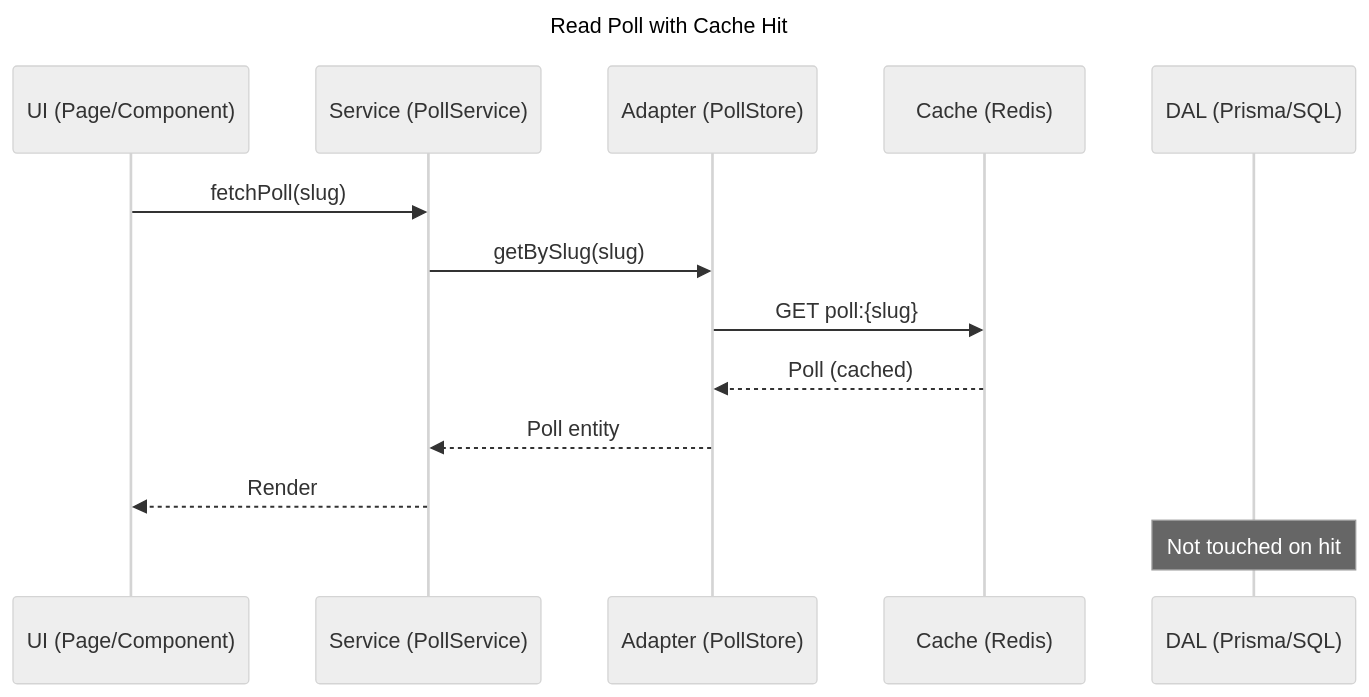
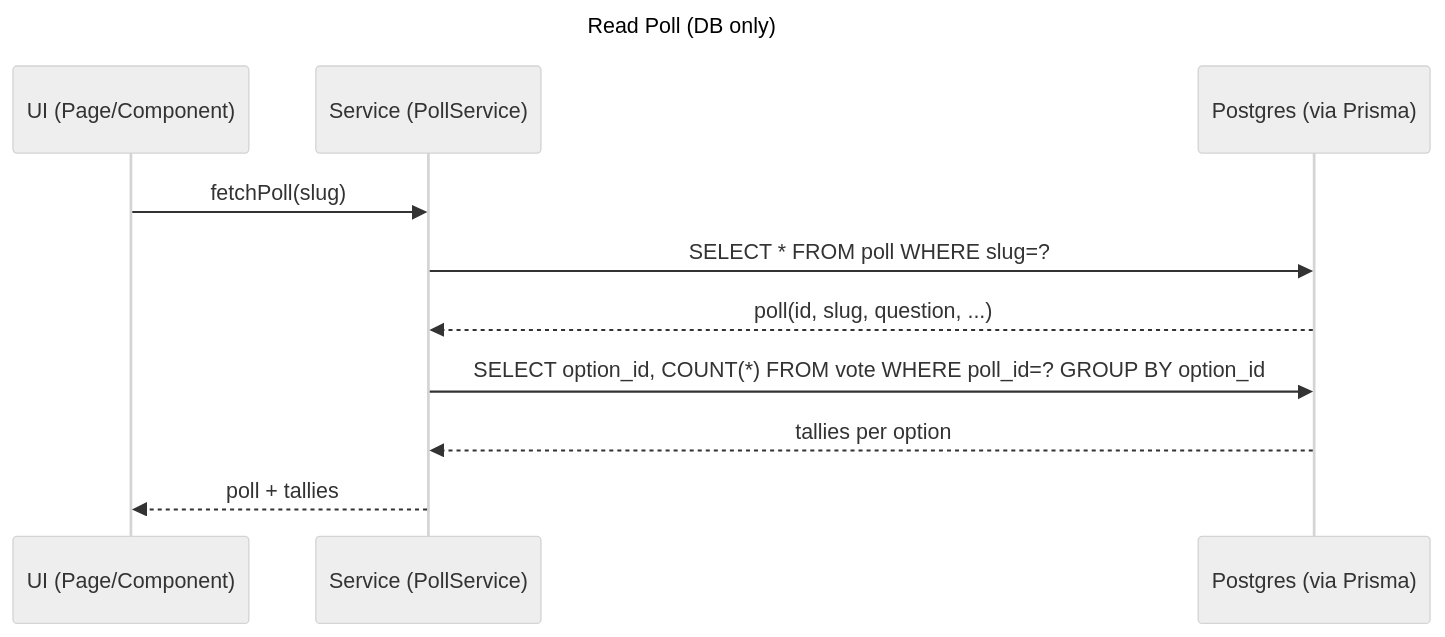
One commit to sandbox-as-a-service/docs changed the first of 2 diagrams in fetch-poll-sequence.md. Above: the diagram before and after it, drawn with Mermaid. The commit also changed other lines of this file, not shown here.

````diff
--- a/fetch-poll-sequence.md
+++ b/fetch-poll-sequence.md
@@ -1,22 +1,18 @@
 ```mermaid
 ---
-title: Read Poll with Cache Hit
+title: Read Poll (DB only)
 config:
   theme: neutral
 ---
 sequenceDiagram
     participant UI as UI (Page/Component)
     participant S as Service (PollService)
-    participant PS as Adapter (PollStore)
-    participant C as Cache (Redis)
-    participant DB as DAL (Prisma/SQL)
+    participant DB as Postgres (via Prisma)
 
     UI->>S: fetchPoll(slug)
-    S->>PS: getBySlug(slug)
-    PS->>C: GET poll:{slug}
-    C-->>PS: Poll (cached)
-    PS-->>S: Poll entity
-    S-->>UI: Render
-    note over DB: Not touched on hit
-
+    S->>DB: SELECT * FROM poll WHERE slug=?
+    DB-->>S: poll(id, slug, question, ...)
+    S->>DB: SELECT option_id, COUNT(*) FROM vote WHERE poll_id=? GROUP BY option_id
+    DB-->>S: tallies per option
+    S-->>UI: poll + tallies
 ```
````
